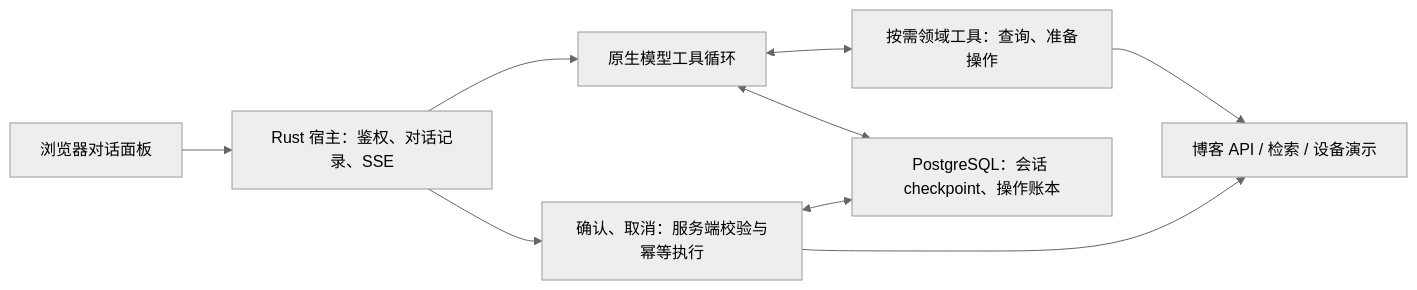
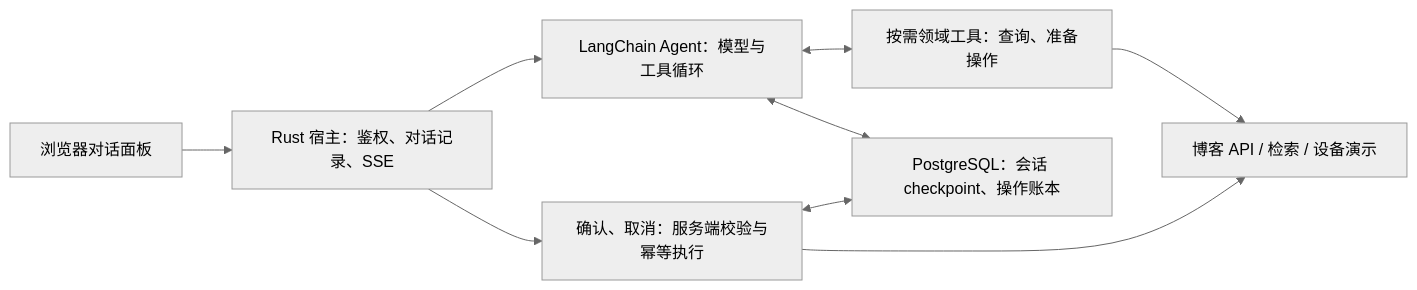
Before and after one commit to BigLeopardCat/saudade-blog-agent: the diagram in README.md, drawn with Mermaid (neutral theme). The commit also changed other lines of this file and 30 other files, not shown here.

````diff
--- a/README.md
+++ b/README.md
@@ -27,11 +28,11 @@
 ```mermaid
 flowchart LR
     FE["浏览器对话面板"] --> HOST["Rust 宿主：鉴权、对话记录、SSE"]
-    HOST --> LOOP["原生模型工具循环"]
+    HOST --> LOOP["LangChain Agent：模型与工具循环"]
     LOOP <--> TOOLS["按需领域工具：查询、准备操作"]
     TOOLS --> BLOG["博客 API / 检索 / 设备演示"]
     LOOP <--> PG["PostgreSQL：会话 checkpoint、操作账本"]
     HOST --> APPROVAL["确认、取消：服务端校验与幂等执行"]
     APPROVAL --> BLOG
     APPROVAL <--> PG
 ```
````
